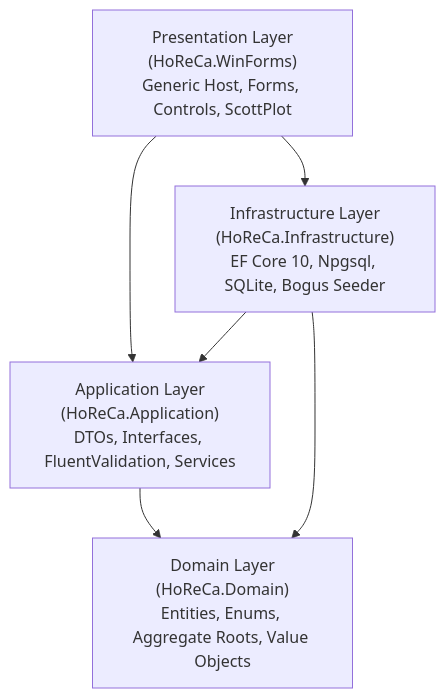
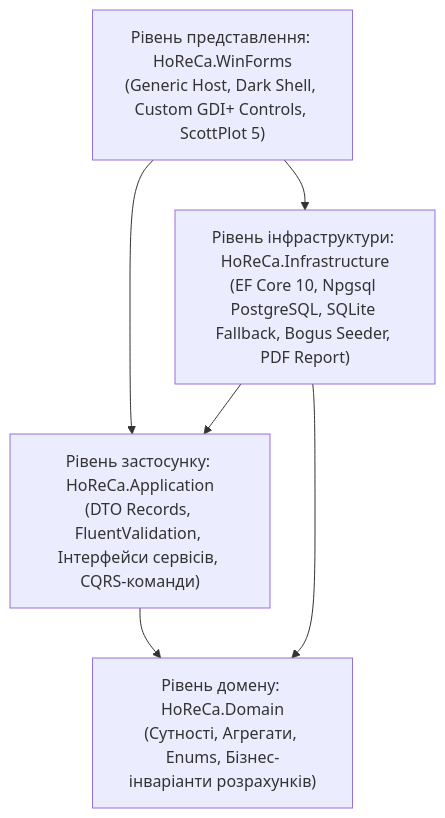
The first of 3 diagrams in Docs/ARCHITECTURE.md (MrTomkaYurii/WinForms-HoReCa-Mastery), drawn with Mermaid before and after one commit. The commit also changed other lines of this file and 1 other file, not shown here.

Commit message:
docs(architecture): Overhaul architecture and database schema specifications with deep HoReCa domain analysis in Ukrainian

````diff
--- a/Docs/ARCHITECTURE.md
+++ b/Docs/ARCHITECTURE.md
@@ -11,13 +36,13 @@
 ```mermaid
 graph TD
-    UI["Presentation Layer<br/>(HoReCa.WinForms)<br/>Generic Host, Forms, Controls, ScottPlot"]
-    INFRA["Infrastructure Layer<br/>(HoReCa.Infrastructure)<br/>EF Core 10, Npgsql, SQLite, Bogus Seeder"]
-    APP["Application Layer<br/>(HoReCa.Application)<br/>DTOs, Interfaces, FluentValidation, Services"]
-    DOMAIN["Domain Layer<br/>(HoReCa.Domain)<br/>Entities, Enums, Aggregate Roots, Value Objects"]
+    UI["Рівень представлення: HoReCa.WinForms<br/>(Generic Host, Dark Shell, Custom GDI+ Controls, ScottPlot 5)"]
+    INFRA["Рівень інфраструктури: HoReCa.Infrastructure<br/>(EF Core 10, Npgsql PostgreSQL, SQLite Fallback, Bogus Seeder, PDF Report)"]
+    APP["Рівень застосунку: HoReCa.Application<br/>(DTO Records, FluentValidation, Інтерфейси сервісів, CQRS-команди)"]
+    DOMAIN["Рівень домену: HoReCa.Domain<br/>(Сутності, Агрегати, Enums, Бізнес-інваріанти розрахунків)"]
 
     UI --> APP
     UI --> INFRA
     INFRA --> APP
     INFRA --> DOMAIN
     APP --> DOMAIN
 ```
````
